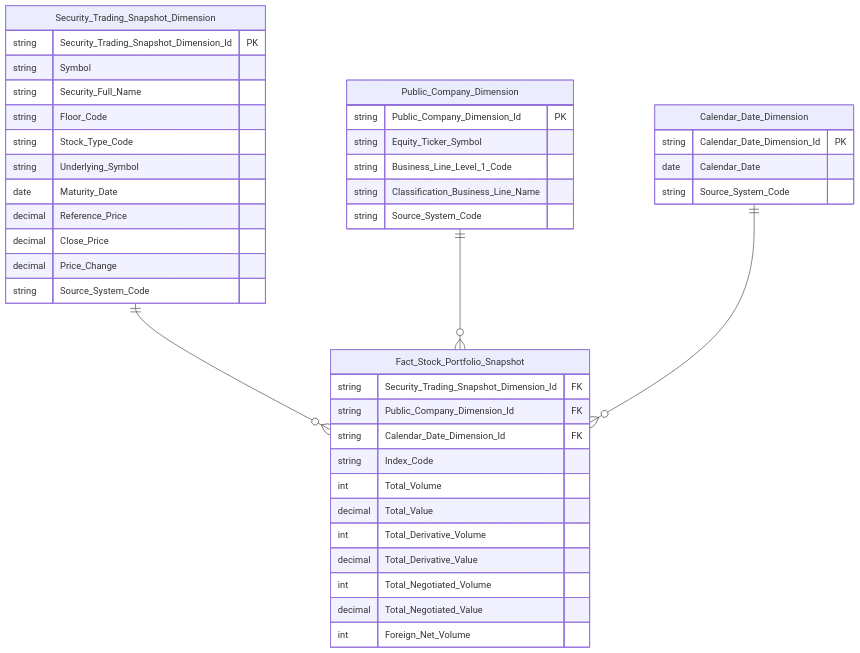
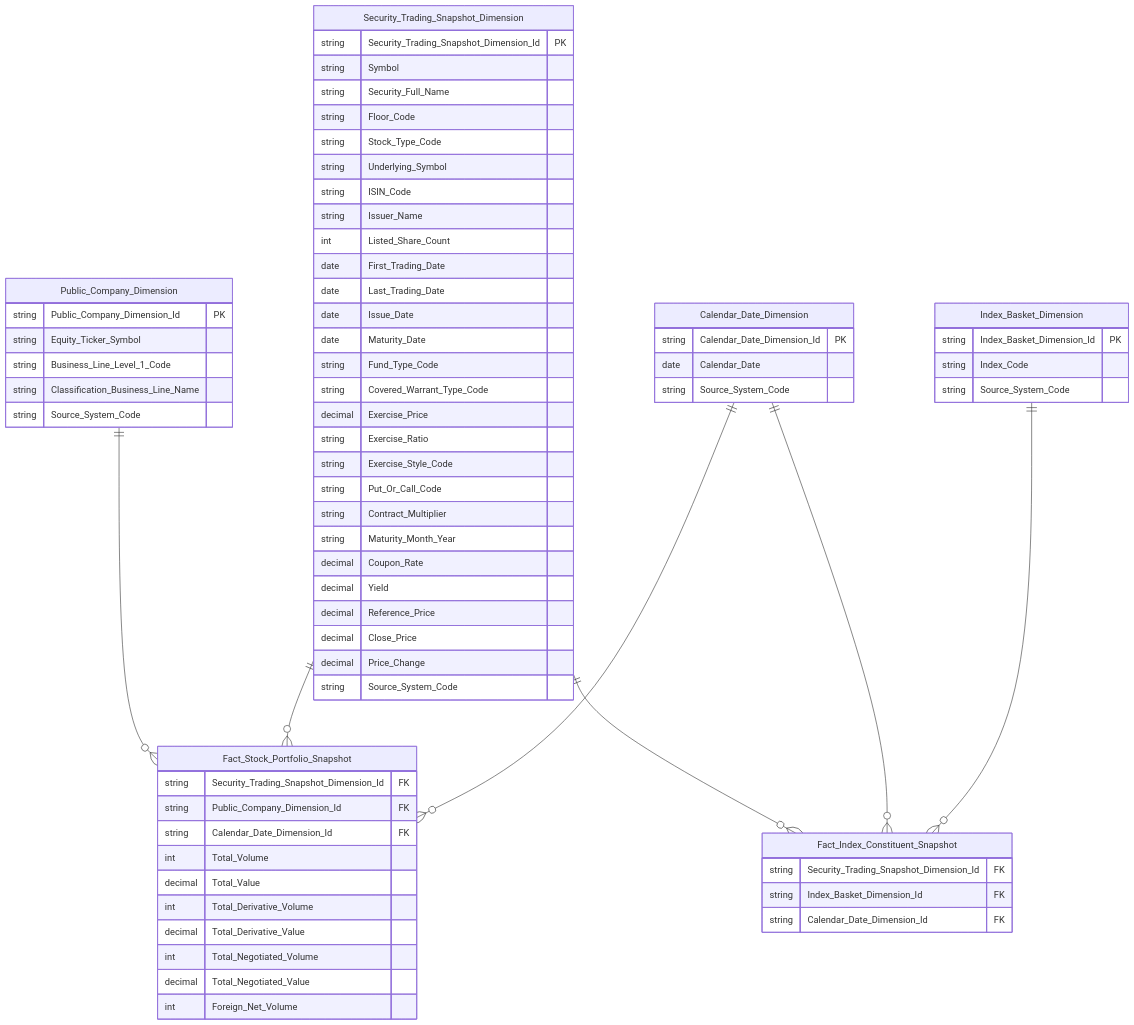
The third of 6 diagrams in Datamart/hld/DTM_GSTT_HLD.md (linhlvit/ubck_atomic_design), drawn with Mermaid before and after one commit. The commit also changed other lines of this file and 4 other files, not shown here.

````diff
--- a/Datamart/hld/DTM_GSTT_HLD.md
+++ b/Datamart/hld/DTM_GSTT_HLD.md
@@ -97,44 +121,72 @@
 ```mermaid
 erDiagram
     Security_Trading_Snapshot_Dimension {
         string Security_Trading_Snapshot_Dimension_Id PK
         string Symbol
         string Security_Full_Name
         string Floor_Code
         string Stock_Type_Code
         string Underlying_Symbol
+        string ISIN_Code
+        string Issuer_Name
+        int Listed_Share_Count
+        date First_Trading_Date
+        date Last_Trading_Date
+        date Issue_Date
         date Maturity_Date
+        string Fund_Type_Code
+        string Covered_Warrant_Type_Code
+        decimal Exercise_Price
+        string Exercise_Ratio
+        string Exercise_Style_Code
+        string Put_Or_Call_Code
+        string Contract_Multiplier
+        string Maturity_Month_Year
+        decimal Coupon_Rate
+        decimal Yield
         decimal Reference_Price
         decimal Close_Price
         decimal Price_Change
         string Source_System_Code
     }
     Public_Company_Dimension {
         string Public_Company_Dimension_Id PK
         string Equity_Ticker_Symbol
         string Business_Line_Level_1_Code
         string Classification_Business_Line_Name
         string Source_System_Code
     }
     Calendar_Date_Dimension {
         string Calendar_Date_Dimension_Id PK
         date Calendar_Date
         string Source_System_Code
     }
     Fact_Stock_Portfolio_Snapshot {
         string Security_Trading_Snapshot_Dimension_Id FK
         string Public_Company_Dimension_Id FK
         string Calendar_Date_Dimension_Id FK
-        string Index_Code
         int Total_Volume
         decimal Total_Value
         int Total_Derivative_Volume
         decimal Total_Derivative_Value
         int Total_Negotiated_Volume
         decimal Total_Negotiated_Value
         int Foreign_Net_Volume
     }
+    Index_Basket_Dimension {
+        string Index_Basket_Dimension_Id PK
+        string Index_Code
+        string Source_System_Code
+    }
+    Fact_Index_Constituent_Snapshot {
+        string Security_Trading_Snapshot_Dimension_Id FK
+        string Index_Basket_Dimension_Id FK
+        string Calendar_Date_Dimension_Id FK
+    }
     Security_Trading_Snapshot_Dimension ||--o{ Fact_Stock_Portfolio_Snapshot : " "
     Public_Company_Dimension ||--o{ Fact_Stock_Portfolio_Snapshot : " "
     Calendar_Date_Dimension ||--o{ Fact_Stock_Portfolio_Snapshot : " "
+    Security_Trading_Snapshot_Dimension ||--o{ Fact_Index_Constituent_Snapshot : " "
+    Index_Basket_Dimension ||--o{ Fact_Index_Constituent_Snapshot : " "
+    Calendar_Date_Dimension ||--o{ Fact_Index_Constituent_Snapshot : " "
 ```
````
